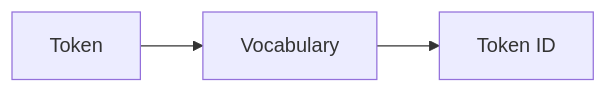
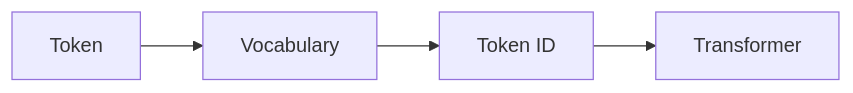
Before and after one commit to ChrisZhu2050/chriszhu2050.github.io: the eighth of 8 diagrams in index.md, drawn with Mermaid. The commit also changed other lines of this file, not shown here.

````diff
--- a/index.md
+++ b/index.md
@@ -235,4 +235,4 @@
     ```mermaid
         graph LR
-            A["`Token`"] --> B["`Vocabulary`"] --> C["`Token ID`"] 
+            A["`Token`"] --> B["`Vocabulary`"] --> C["`Token ID`"] --> D["`Transformer`"] 
     ```
````
